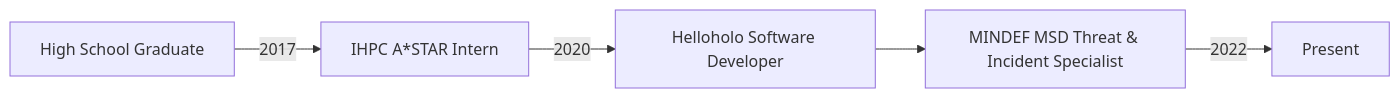
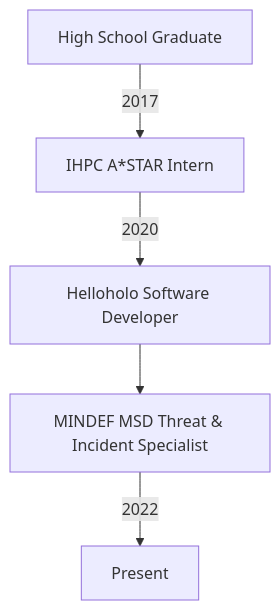
The diagram in README.md (mcdulltii/mcdulltii), drawn with Mermaid before and after one commit.

````diff
--- a/README.md
+++ b/README.md
@@ -3,11 +12,11 @@
 ```mermaid
-flowchart LR
+flowchart TD
 Start[High School Graduate] -- 2017 --> Emp1[IHPC A*STAR Intern] 
 Emp1 -- 2020 --> Emp2[Helloholo Software Developer]
 Emp2 --> Emp3[MINDEF MSD Threat & Incident Specialist]
 Emp3 -- 2022 --> End[Present]
 
 click Emp1 "https://github.com/mcdulltii/Resume/blob/master/resume.md#intern-at-institute-of-high-performance-computing-ihpc-astar-may-2017----jan-2018" _blank
 click Emp2 "https://github.com/mcdulltii/Resume/blob/master/resume.md#software-developer-at-helloholo-nov-2020----jan-2021" _blank
 click Emp3 "https://github.com/mcdulltii/Resume/blob/master/resume.md#threat-and-incident-specialist-at-mindef---military-security-department-msd-apr-2020----apr-2022" _blank
 ```
````
